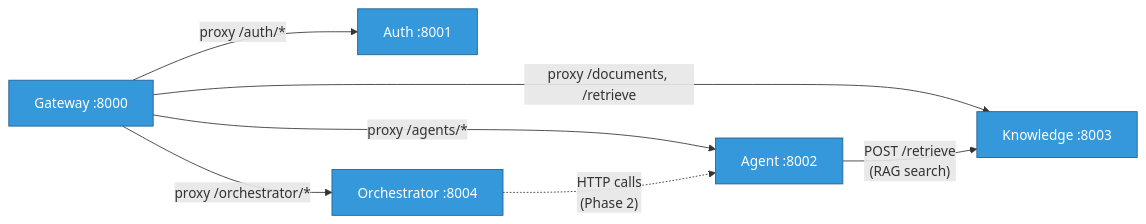
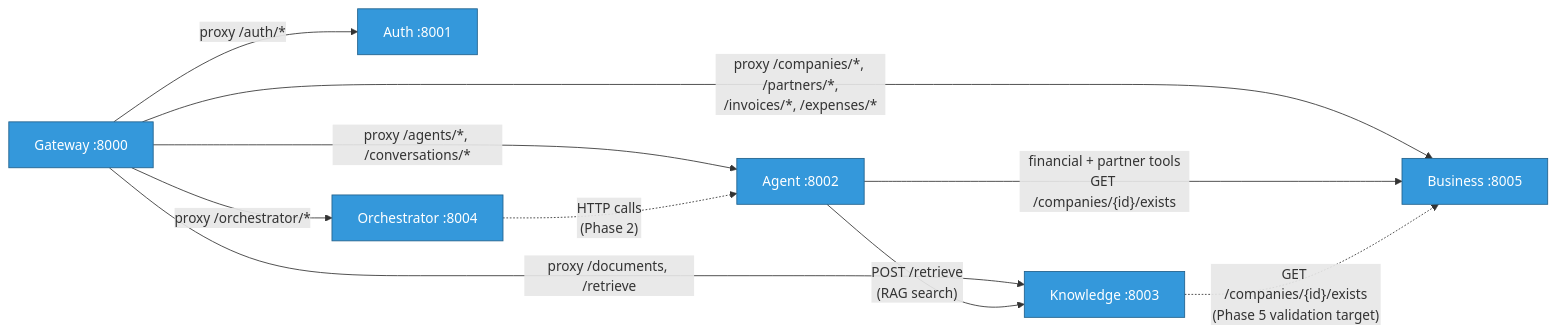
The third of 3 diagrams in docs/architecture/dependency-graph.md (valiobar/agents), drawn with Mermaid before and after one commit. The commit also changed other lines of this file and 85 other files, not shown here.

````diff
--- a/docs/architecture/dependency-graph.md
+++ b/docs/architecture/dependency-graph.md
@@ -205,18 +218,22 @@
 ```mermaid
 graph LR
     GW["Gateway :8000"]
     AUTH["Auth :8001"]
     AGENT["Agent :8002"]
+    BUSINESS["Business :8005"]
     KB["Knowledge :8003"]
     ORCH["Orchestrator :8004"]
 
     GW -->|"proxy /auth/*"| AUTH
-    GW -->|"proxy /agents/*"| AGENT
+    GW -->|"proxy /agents/*, /conversations/*"| AGENT
+    GW -->|"proxy /companies/*, /partners/*,<br/>/invoices/*, /expenses/*"| BUSINESS
     GW -->|"proxy /documents, /retrieve"| KB
     GW -->|"proxy /orchestrator/*"| ORCH
+    AGENT -->|"financial + partner tools<br/>GET /companies/{id}/exists"| BUSINESS
     AGENT -->|"POST /retrieve<br/>(RAG search)"| KB
+    KB -.->|"GET /companies/{id}/exists<br/>(Phase 5 validation target)"| BUSINESS
     ORCH -.->|"HTTP calls<br/>(Phase 2)"| AGENT
 
     classDef svc fill:#3498DB,stroke:#21618C,color:#fff
-    class GW,AUTH,AGENT,KB,ORCH svc
+    class GW,AUTH,AGENT,BUSINESS,KB,ORCH svc
 ```
````
